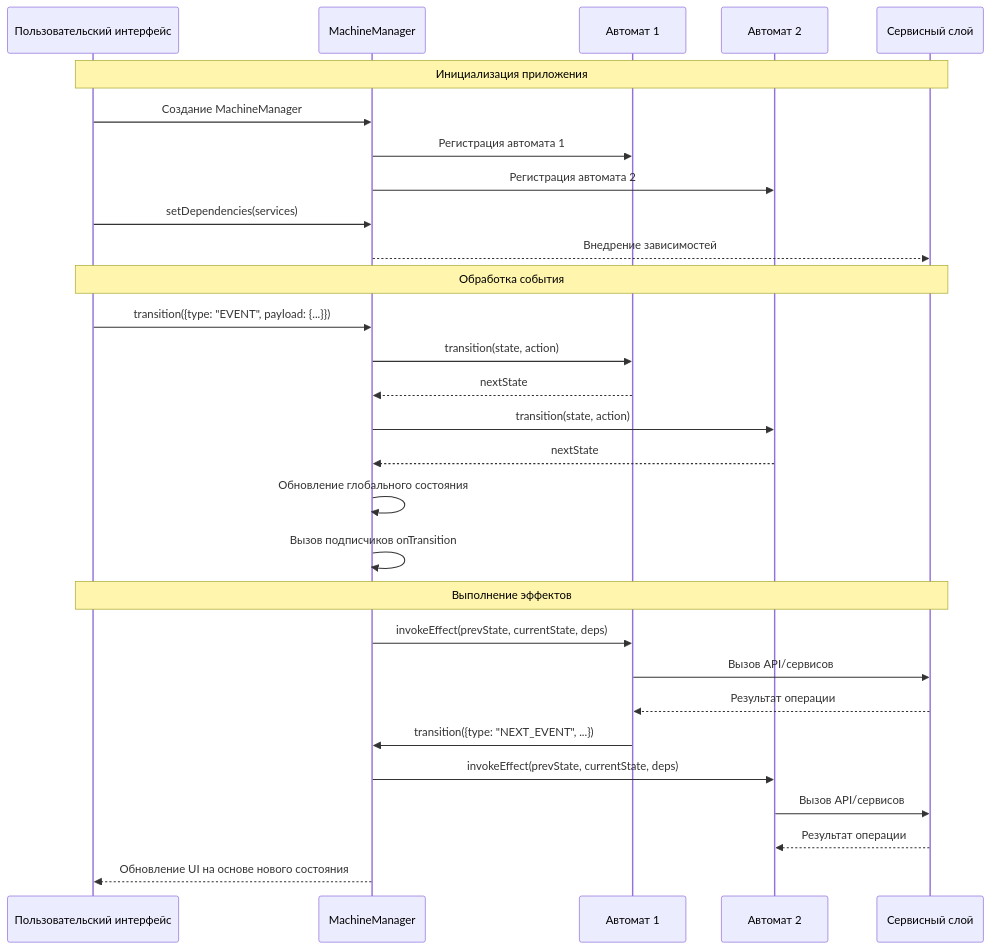
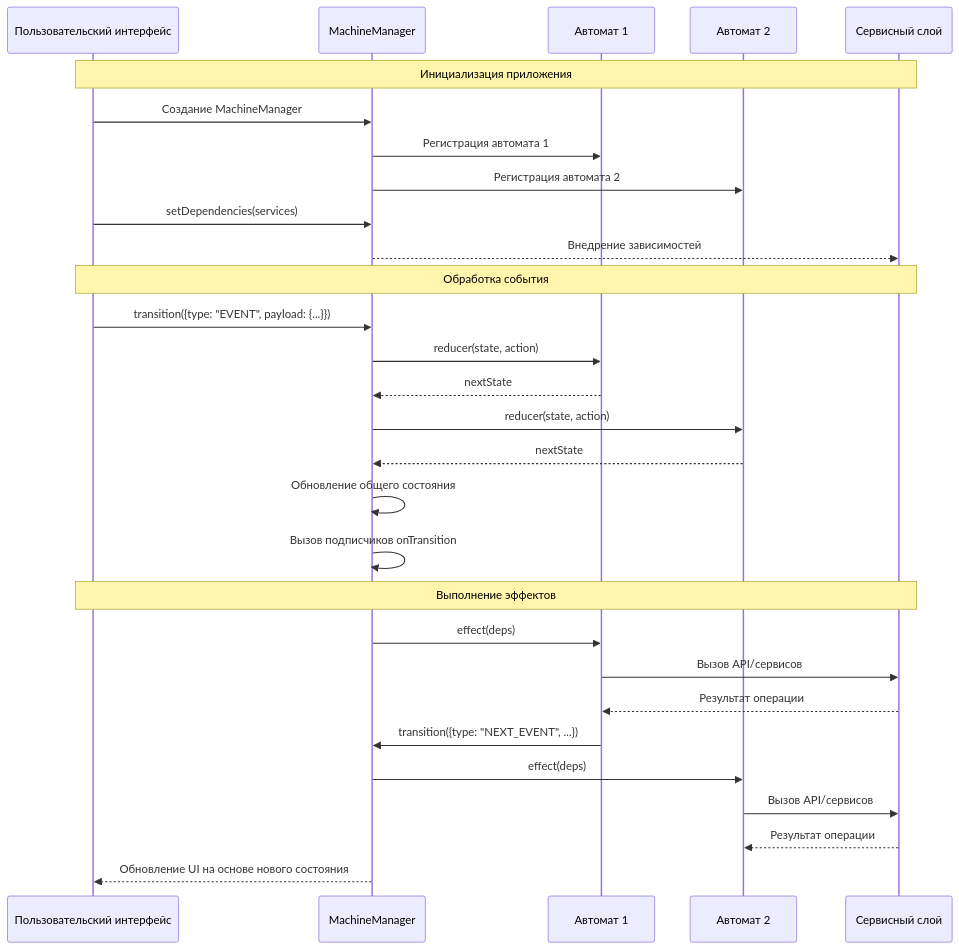
The diagram in docs/app/guide/page.mdx (AlexanderGureev/lite-fsm), drawn with Mermaid before and after one commit. The commit also changed other lines of this file and 19 other files, not shown here.

````diff
--- a/docs/app/guide/page.mdx
+++ b/docs/app/guide/page.mdx
@@ -255,36 +199,36 @@
 ```mermaid
 sequenceDiagram
     participant UI as Пользовательский интерфейс
     participant Manager as MachineManager
     participant Machine1 as Автомат 1
     participant Machine2 as Автомат 2
     participant Services as Сервисный слой
 
     Note over UI,Services: Инициализация приложения
     UI->>Manager: Создание MachineManager
     Manager->>Machine1: Регистрация автомата 1
     Manager->>Machine2: Регистрация автомата 2
     UI->>Manager: setDependencies(services)
     Manager-->>Services: Внедрение зависимостей
 
     Note over UI,Services: Обработка события
     UI->>Manager: transition({type: "EVENT", payload: {...}})
-    Manager->>Machine1: transition(state, action)
+    Manager->>Machine1: reducer(state, action)
     Machine1-->>Manager: nextState
-    Manager->>Machine2: transition(state, action)
+    Manager->>Machine2: reducer(state, action)
     Machine2-->>Manager: nextState
-    Manager->>Manager: Обновление глобального состояния
+    Manager->>Manager: Обновление общего состояния
     Manager->>Manager: Вызов подписчиков onTransition
 
     Note over UI,Services: Выполнение эффектов
-    Manager->>Machine1: invokeEffect(prevState, currentState, deps)
+    Manager->>Machine1: effect(deps)
     Machine1->>Services: Вызов API/сервисов
     Services-->>Machine1: Результат операции
     Machine1->>Manager: transition({type: "NEXT_EVENT", ...})
 
-    Manager->>Machine2: invokeEffect(prevState, currentState, deps)
+    Manager->>Machine2: effect(deps)
     Machine2->>Services: Вызов API/сервисов
     Services-->>Machine2: Результат операции
 
     Manager-->>UI: Обновление UI на основе нового состояния
 ```
````
